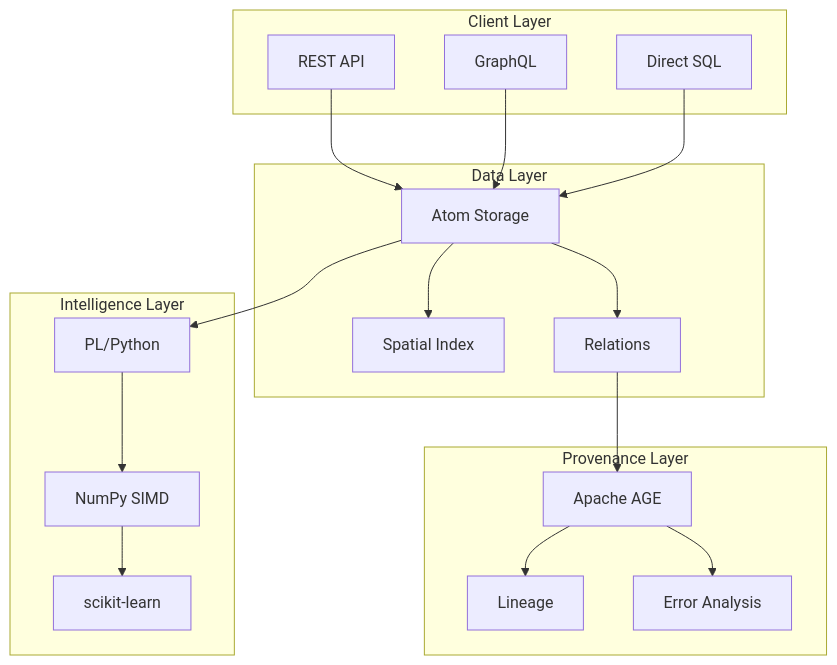
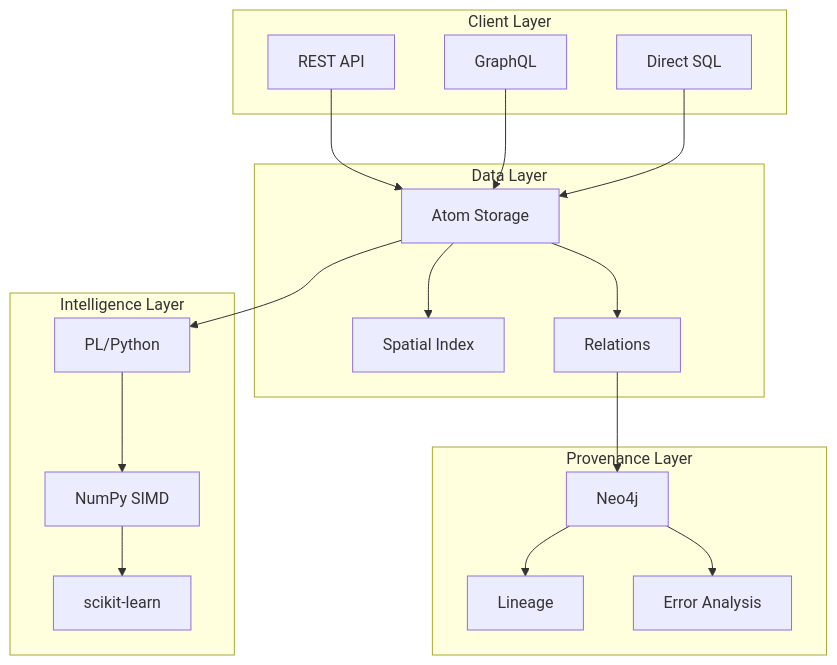
One commit to AHartTN/Hartonomous changed the second of 2 diagrams in docs/architecture/README.md. Above: the diagram before and after it, drawn with Mermaid. The commit also changed other lines of this file and 61 other files, not shown here.

````diff
--- a/docs/architecture/README.md
+++ b/docs/architecture/README.md
@@ -91,38 +110,38 @@
 ```mermaid
 graph TB
     subgraph Client["Client Layer"]
         A[REST API]
         B[GraphQL]
         C[Direct SQL]
     end
     
     subgraph Data["Data Layer"]
         D[Atom Storage]
         E[Spatial Index]
         F[Relations]
     end
     
     subgraph Intelligence["Intelligence Layer"]
         G[PL/Python]
         H[NumPy SIMD]
         I[scikit-learn]
     end
     
     subgraph Provenance["Provenance Layer"]
-        J[Apache AGE]
+        J[Neo4j]
         K[Lineage]
         L[Error Analysis]
     end
     
     A --> D
     B --> D
     C --> D
     D --> E
     D --> F
     D --> G
     G --> H
     H --> I
     F --> J
     J --> K
     J --> L
 ```
````
